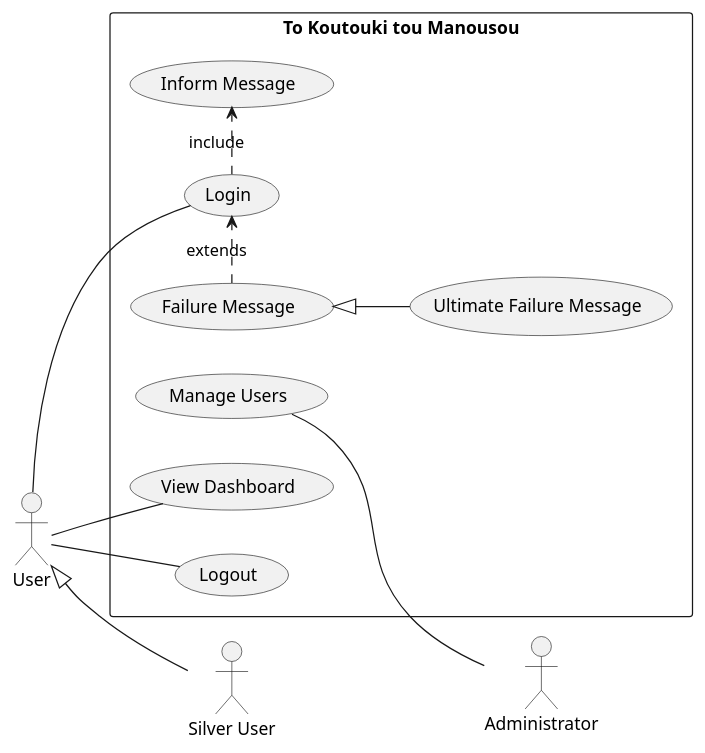
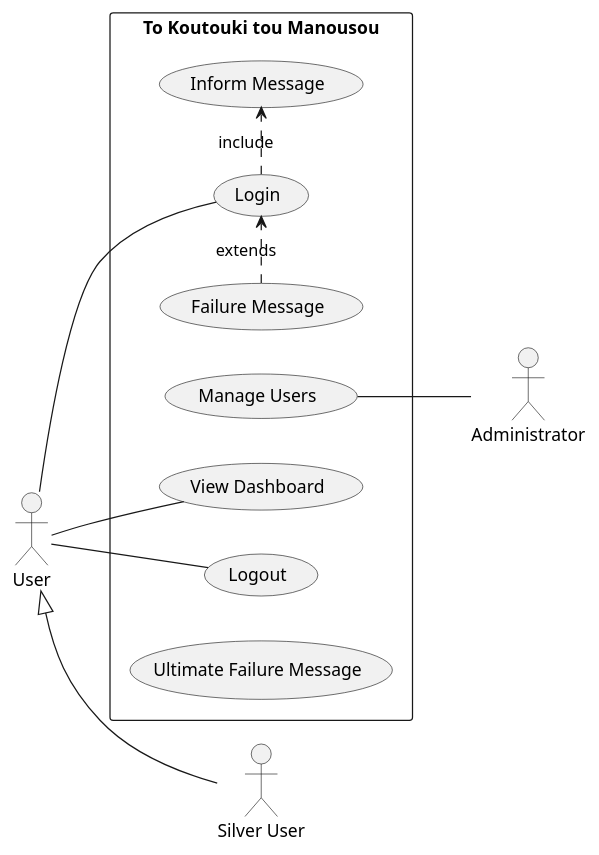
The diagram in use-case.puml (softwareDesign24/collaborateUML-ucd), drawn with PlantUML before and after one commit.

```diff
--- a/use-case.puml
+++ b/use-case.puml
@@ -1,48 +1,47 @@
 @startuml
 
 left to right direction
 
 actor "User" as usr
 actor "Silver User" as s_usr
 actor "Administrator" as admin
 
 rectangle "To Koutouki tou Manousou" {
   usecase "Login" as UC1
   usecase "View Dashboard" as UC2
   usecase "Logout" as UC3
   usecase "Manage Users" as UC4
   usecase "Inform Message" as UC5
   usecase "Failure Message" as UC6
   usecase "Ultimate Failure Message" as UC7
 }
 
 usr -- UC1
 usr -- UC2
 usr -- UC3
 admin -up- UC4
 
 UC1 .> UC5 : include
 UC6 .> UC1 : extends
 
 usr <|-- s_usr
-UC6 <|-- UC7
 
 
 
 
 
 
 
 
 
 
 
 
 
 
 
 
 
 
 
 @enduml
```
